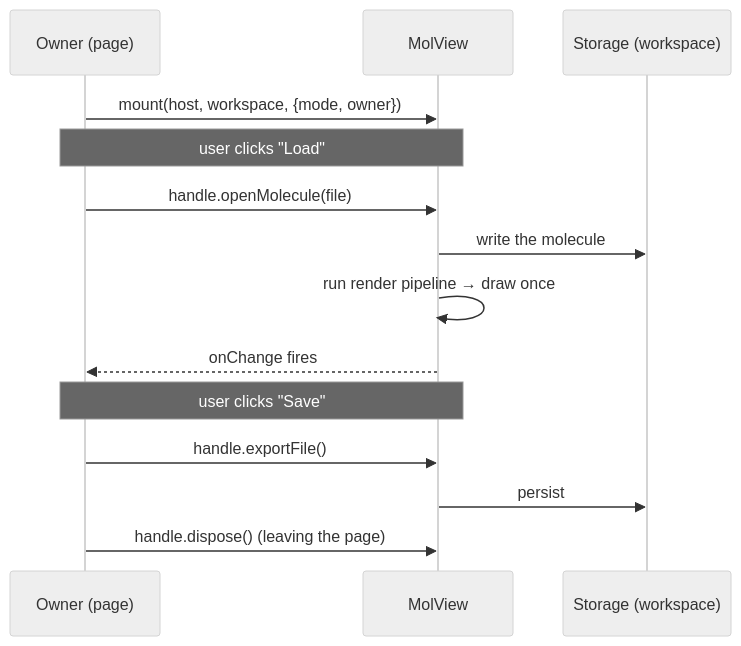
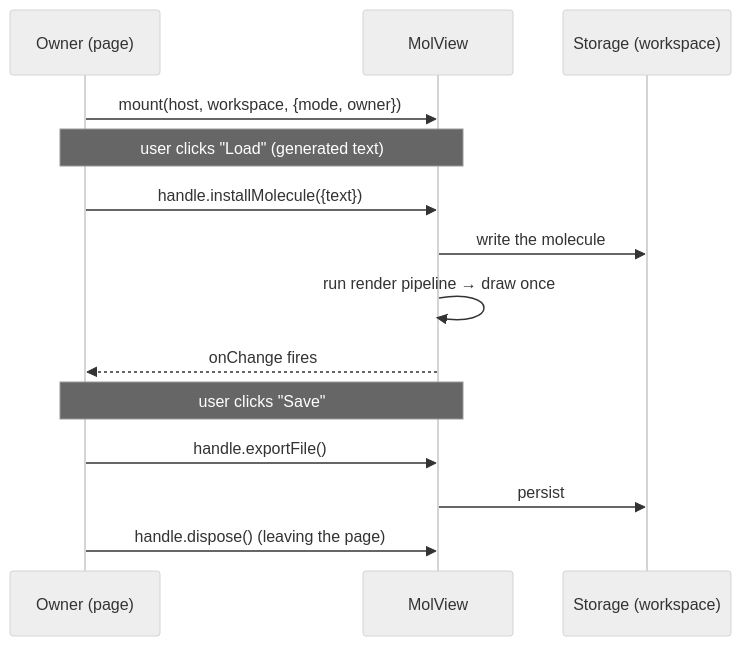
One commit to Qing-LAB/molbuilder changed the fourth of 10 diagrams in docs/protocols/molview-module.md. Above: the diagram before and after it, drawn with Mermaid (neutral theme). The commit also changed other lines of this file, not shown here.

````diff
--- a/docs/protocols/molview-module.md
+++ b/docs/protocols/molview-module.md
@@ -153,16 +154,16 @@
 ```mermaid
 sequenceDiagram
     participant Owner as Owner (page)
     participant MV as MolView
     participant WS as Storage (workspace)
     Owner->>MV: mount(host, workspace, {mode, owner})
-    Note over Owner,MV: user clicks "Load"
-    Owner->>MV: handle.openMolecule(file)
+    Note over Owner,MV: user clicks "Load" (generated text)
+    Owner->>MV: handle.installMolecule({text})
     MV->>WS: write the molecule
     MV->>MV: run render pipeline → draw once
     MV-->>Owner: onChange fires
     Note over Owner,MV: user clicks "Save"
     Owner->>MV: handle.exportFile()
     MV->>WS: persist
     Owner->>MV: handle.dispose()  (leaving the page)
 ```
````
